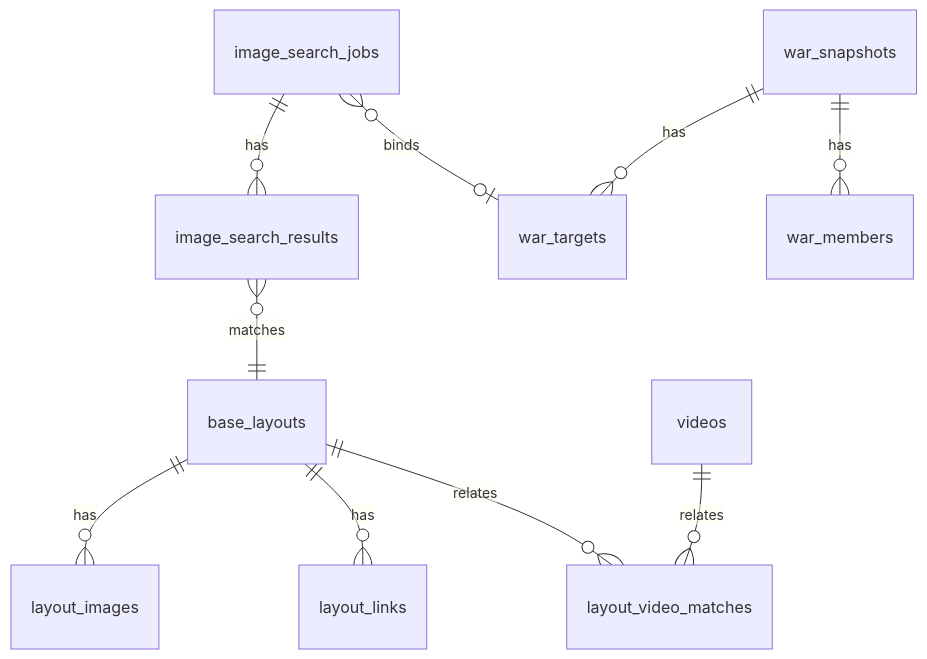
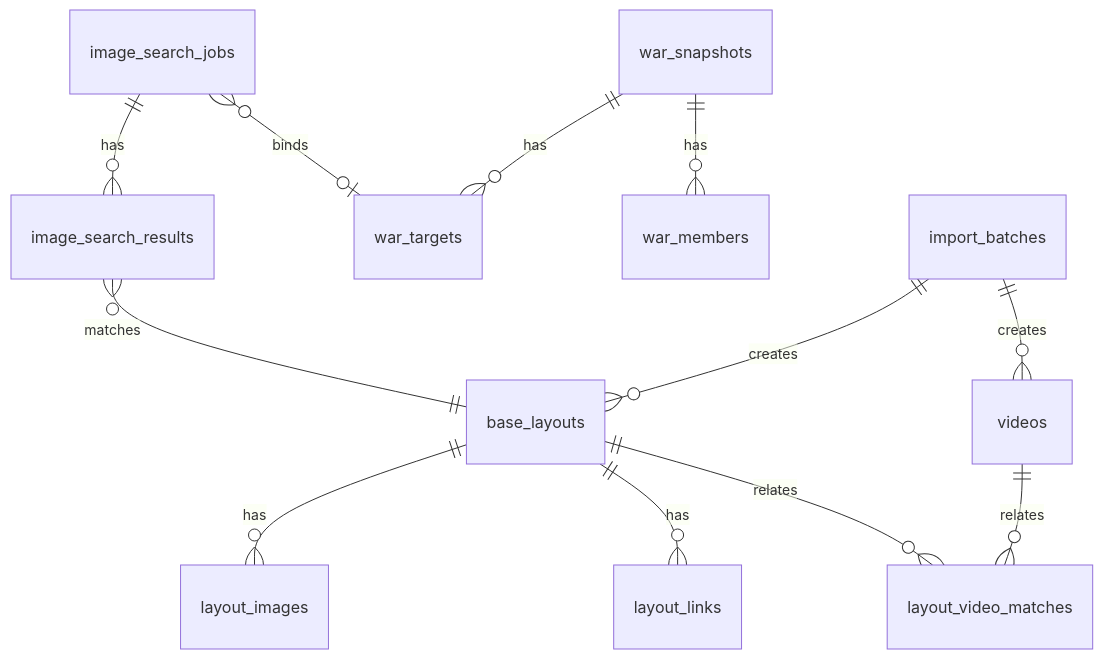
The diagram in docs/architecture/data-model.md (ww1489/WarSpark), drawn with Mermaid before and after one commit. The commit also changed other lines of this file and 16 other files, not shown here.

````diff
--- a/docs/architecture/data-model.md
+++ b/docs/architecture/data-model.md
@@ -20,12 +20,14 @@
 ```mermaid
 erDiagram
     base_layouts ||--o{ layout_images : has
     base_layouts ||--o{ layout_links : has
     base_layouts ||--o{ layout_video_matches : relates
     videos ||--o{ layout_video_matches : relates
     image_search_jobs ||--o{ image_search_results : has
     image_search_results }o--|| base_layouts : matches
     image_search_jobs }o--o| war_targets : binds
     war_snapshots ||--o{ war_targets : has
     war_snapshots ||--o{ war_members : has
+    import_batches ||--o{ base_layouts : creates
+    import_batches ||--o{ videos : creates
 ```
````
